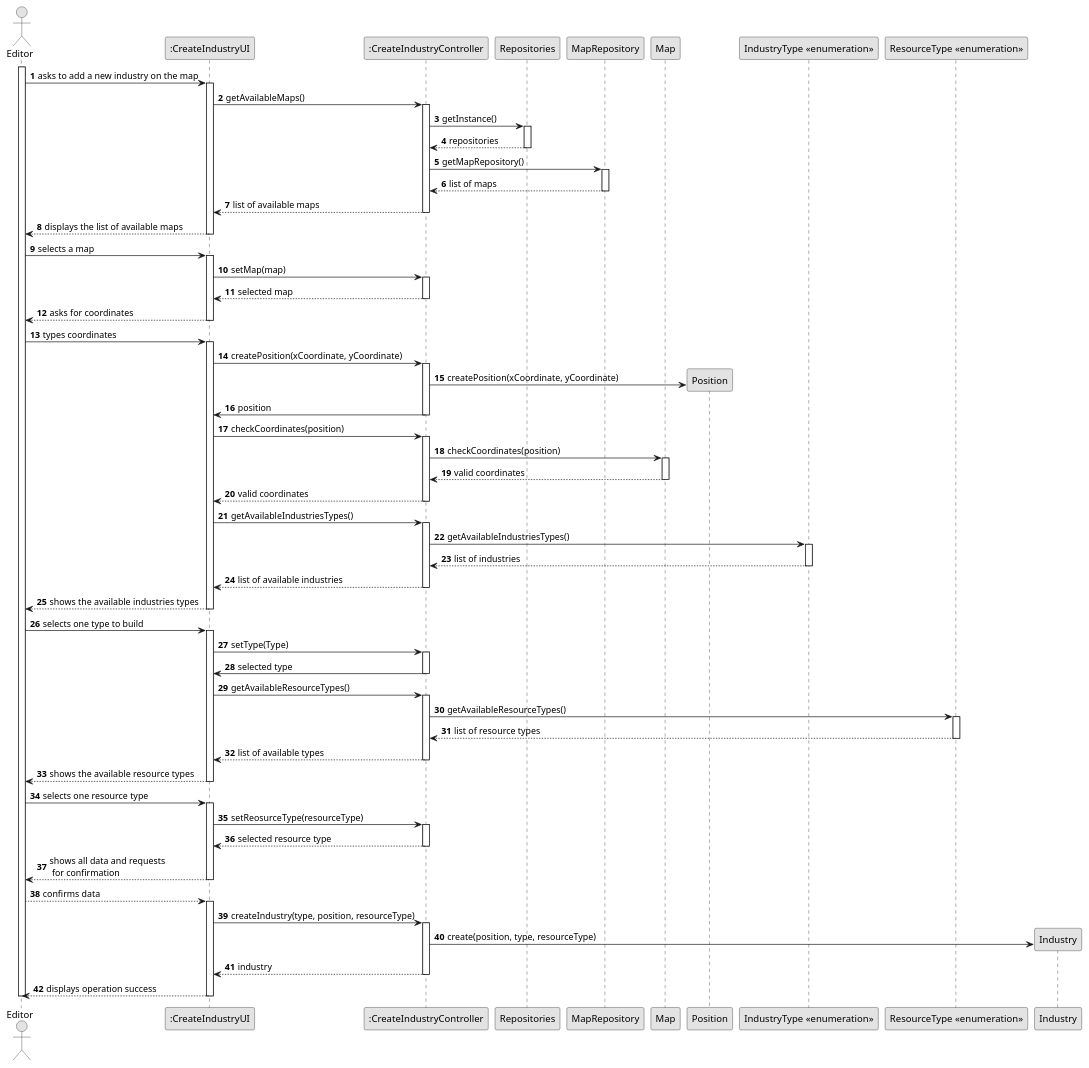
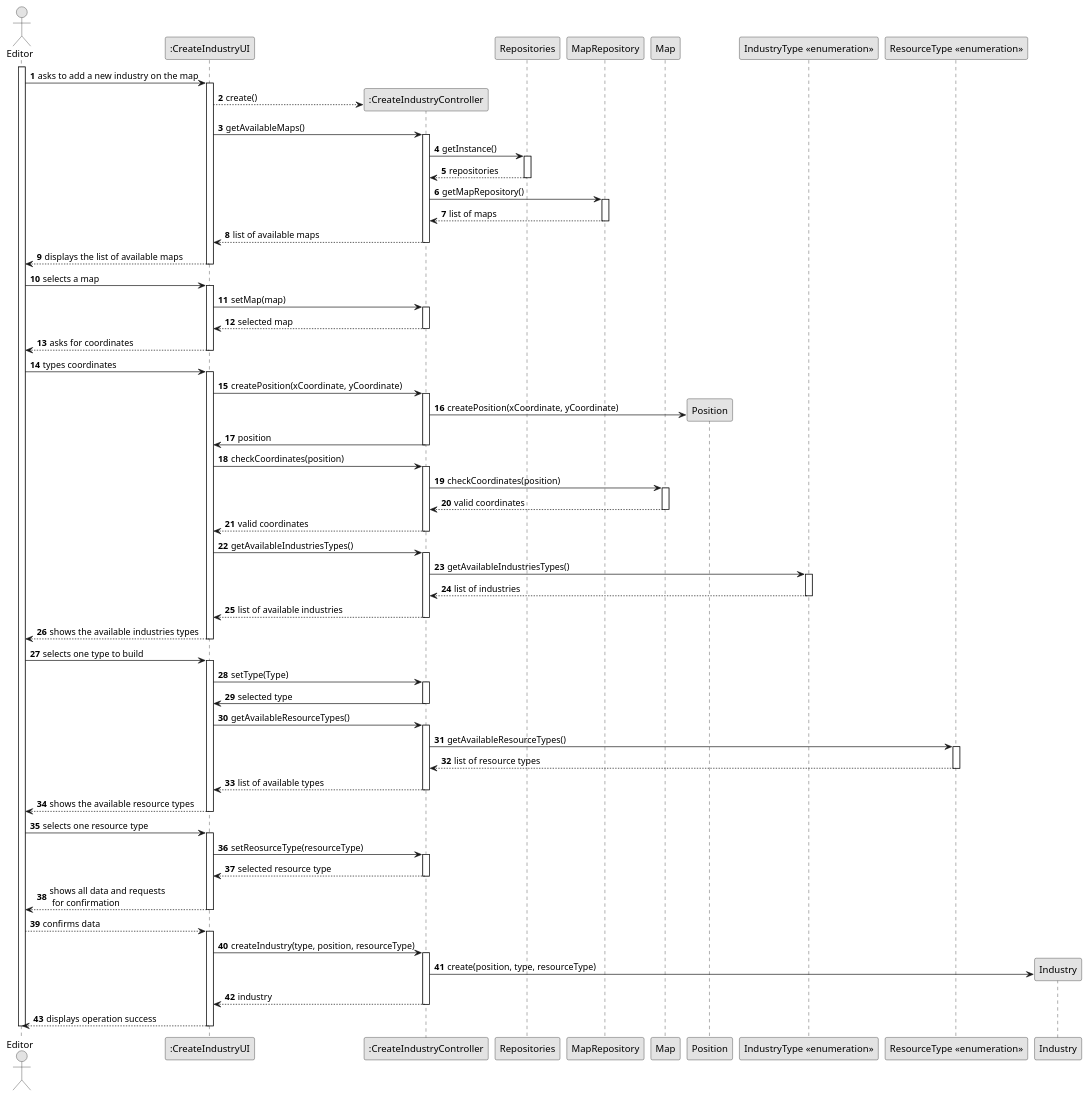
Before and after one commit to 1240935/pi2-railway-simulator: the diagram in Sprint2/US002/03.design/puml/US002-SD-full.puml, drawn with PlantUML. The commit also changed 12 other files, not shown here.

```diff
--- a/Sprint2/US002/03.design/puml/US002-SD-full.puml
+++ b/Sprint2/US002/03.design/puml/US002-SD-full.puml
@@ -1,155 +1,157 @@
 @startuml
 skinparam monochrome true
 skinparam packageStyle rectangle
 skinparam shadowing false
 
 autonumber
 
  actor "Editor" as EDITOR
     participant ":CreateIndustryUI" as UI
     participant ":CreateIndustryController" as CTRL
     participant "Repositories" as REPOS
     participant "MapRepository" as MREPOS
     participant "Map" as MAP
     participant "Position" as POS
     participant "IndustryType <<enumeration>>" as TYPE
     participant "ResourceType <<enumeration>>" as RETYPE
     participant "Industry" as INDUSTRY
 
 
 activate EDITOR
 
     EDITOR -> UI : asks to add a new industry on the map
     activate UI
+
+    UI --> CTRL** : create()
 
     UI -> CTRL : getAvailableMaps()
     activate CTRL
 
     CTRL -> REPOS : getInstance()
     activate REPOS
 
     REPOS --> CTRL: repositories
     deactivate REPOS
 
     CTRL -> MREPOS : getMapRepository()
     activate MREPOS
 
     MREPOS --> CTRL : list of maps
 
     deactivate MREPOS
 
     CTRL --> UI : list of available maps
     deactivate CTRL
 
     UI --> EDITOR : displays the list of available maps
 
     deactivate UI
 
     EDITOR -> UI : selects a map
 
     activate UI
 
     UI -> CTRL : setMap(map)
     activate CTRL
 
     CTRL --> UI : selected map
     deactivate CTRL
 
     UI --> EDITOR : asks for coordinates
     deactivate UI
 
     EDITOR -> UI : types coordinates
     activate UI
 
     UI -> CTRL : createPosition(xCoordinate, yCoordinate)
     activate CTRL
 
     CTRL ->POS** : createPosition(xCoordinate, yCoordinate)
 
 
     CTRL -> UI : position
     deactivate CTRL
 
     UI -> CTRL: checkCoordinates(position)
     activate CTRL
 
 
     CTRL -> MAP : checkCoordinates(position)
     activate MAP
 
     MAP --> CTRL : valid coordinates
     deactivate MAP
 
     CTRL --> UI : valid coordinates
     deactivate CTRL
 
     UI -> CTRL : getAvailableIndustriesTypes()
     activate CTRL
 
     CTRL -> TYPE : getAvailableIndustriesTypes()
     activate TYPE
 
     TYPE --> CTRL: list of industries
     deactivate TYPE
 
 
     CTRL --> UI : list of available industries
 
     deactivate CTRL
 
     UI --> EDITOR :shows the available industries types
 
     deactivate UI
 
     EDITOR -> UI :selects one type to build
     activate UI
 
     UI -> CTRL : setType(Type)
     activate CTRL
 
     CTRL -> UI : selected type
     deactivate CTRL
 
     UI -> CTRL: getAvailableResourceTypes()
     activate CTRL
 
     CTRL -> RETYPE : getAvailableResourceTypes()
     activate RETYPE
 
     RETYPE --> CTRL : list of resource types
     deactivate RETYPE
 
     CTRL --> UI : list of available types
     deactivate CTRL
 
     UI --> EDITOR : shows the available resource types
     deactivate UI
 
     EDITOR -> UI : selects one resource type
     activate UI
 
     UI -> CTRL: setReosurceType(resourceType)
     activate CTRL
 
     CTRL --> UI: selected resource type
     deactivate CTRL
 
     UI --> EDITOR: shows all data and requests \n for confirmation
     deactivate  UI
 
     EDITOR --> UI: confirms data
     activate UI
 
     UI -> CTRL : createIndustry(type, position, resourceType)
     activate CTRL
 
     CTRL -> INDUSTRY** : create(position, type, resourceType)
     
 
     CTRL --> UI : industry
     deactivate CTRL
 
     UI --> EDITOR : displays operation success
     deactivate UI
     deactivate EDITOR
 @enduml
```
